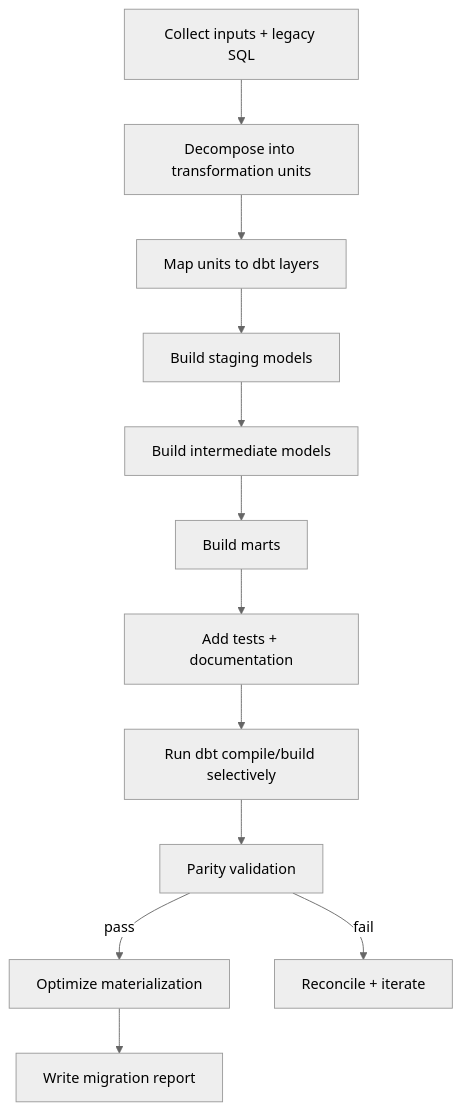
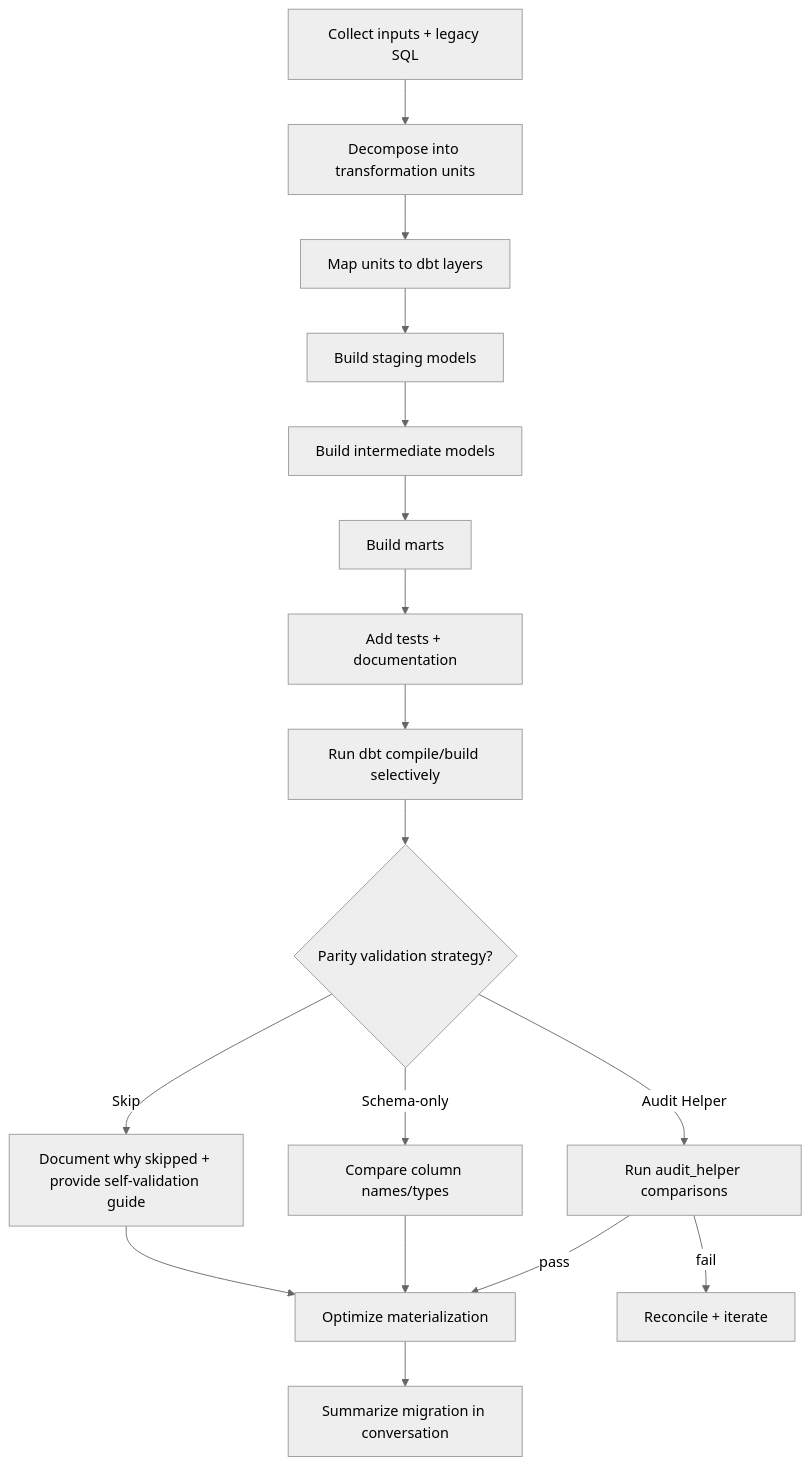
The diagram in SKILL.md (heatcheck64/migration-skill-test), drawn with Mermaid (neutral theme) before and after one commit. The commit also changed other lines of this file and 2 other files, not shown here.

Commit message:
Update skill: audit_helper parity validation, dbt-fusion compat, migration folder structure, no markdown file creation

````diff
--- a/SKILL.md
+++ b/SKILL.md
@@ -58,14 +62,19 @@
 ```mermaid
 flowchart TD
   A[Collect inputs + legacy SQL] --> B[Decompose into transformation units]
   B --> C[Map units to dbt layers]
   C --> D[Build staging models]
   D --> E[Build intermediate models]
   E --> F[Build marts]
   F --> G[Add tests + documentation]
   G --> H[Run dbt compile/build selectively]
-  H --> I[Parity validation]
-  I -->|pass| J[Optimize materialization]
-  I -->|fail| K[Reconcile + iterate]
-  J --> L[Write migration report]
+  H --> I{Parity validation strategy?}
+  I -->|Audit Helper| I1[Run audit_helper comparisons]
+  I1 -->|pass| J[Optimize materialization]
+  I1 -->|fail| K[Reconcile + iterate]
+  I -->|Schema-only| I2[Compare column names/types]
+  I2 --> J
+  I -->|Skip| I3[Document why skipped + provide self-validation guide]
+  I3 --> J
+  J --> L[Summarize migration in conversation]
 ```
````
